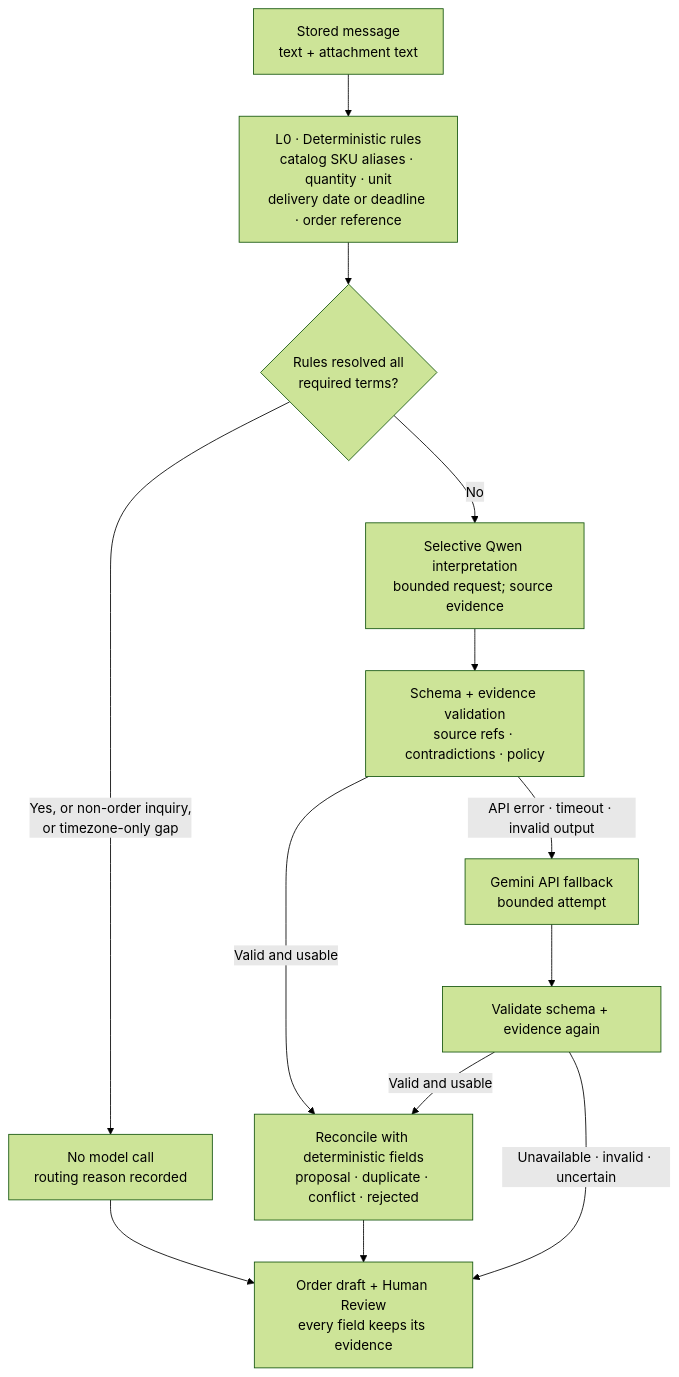
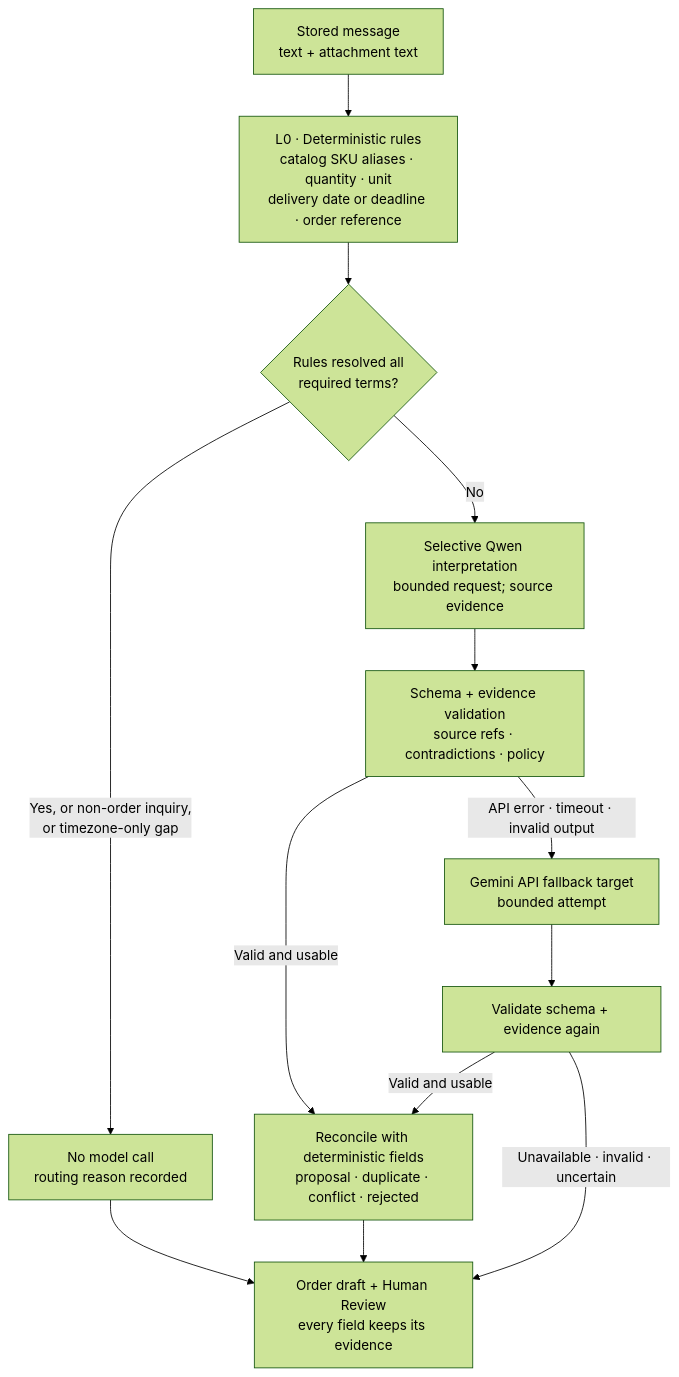
Before and after one commit to jiahui-1101/MouManTAI: the fourth of 8 diagrams in README.md, drawn with Mermaid (forest theme). The commit also changed other lines of this file, not shown here.

````diff
--- a/README.md
+++ b/README.md
@@ -320,15 +315,15 @@
 ```mermaid
 flowchart TD
     IN["Stored message<br/>text + attachment text"] --> L0["L0 · Deterministic rules<br/>catalog SKU aliases · quantity · unit<br/>delivery date or deadline · order reference"]
     L0 --> Q0{"Rules resolved all<br/>required terms?"}
     Q0 -- "Yes, or non-order inquiry,<br/>or timezone-only gap" --> NOAI["No model call<br/>routing reason recorded"]
     Q0 -- "No" --> QWEN["Selective Qwen interpretation<br/>bounded request; source evidence"]
     QWEN --> VQ["Schema + evidence validation<br/>source refs · contradictions · policy"]
     VQ -- "Valid and usable" --> RECON["Reconcile with deterministic fields<br/>proposal · duplicate · conflict · rejected"]
-    VQ -- "API error · timeout · invalid output" --> GEM["Gemini API fallback<br/>bounded attempt"]
+    VQ -- "API error · timeout · invalid output" --> GEM["Gemini API fallback target<br/>bounded attempt"]
     GEM --> VG["Validate schema + evidence again"]
     VG -- "Valid and usable" --> RECON
     VG -- "Unavailable · invalid · uncertain" --> HR
     NOAI --> HR["Order draft + Human Review<br/>every field keeps its evidence"]
     RECON --> HR
 ```
````
